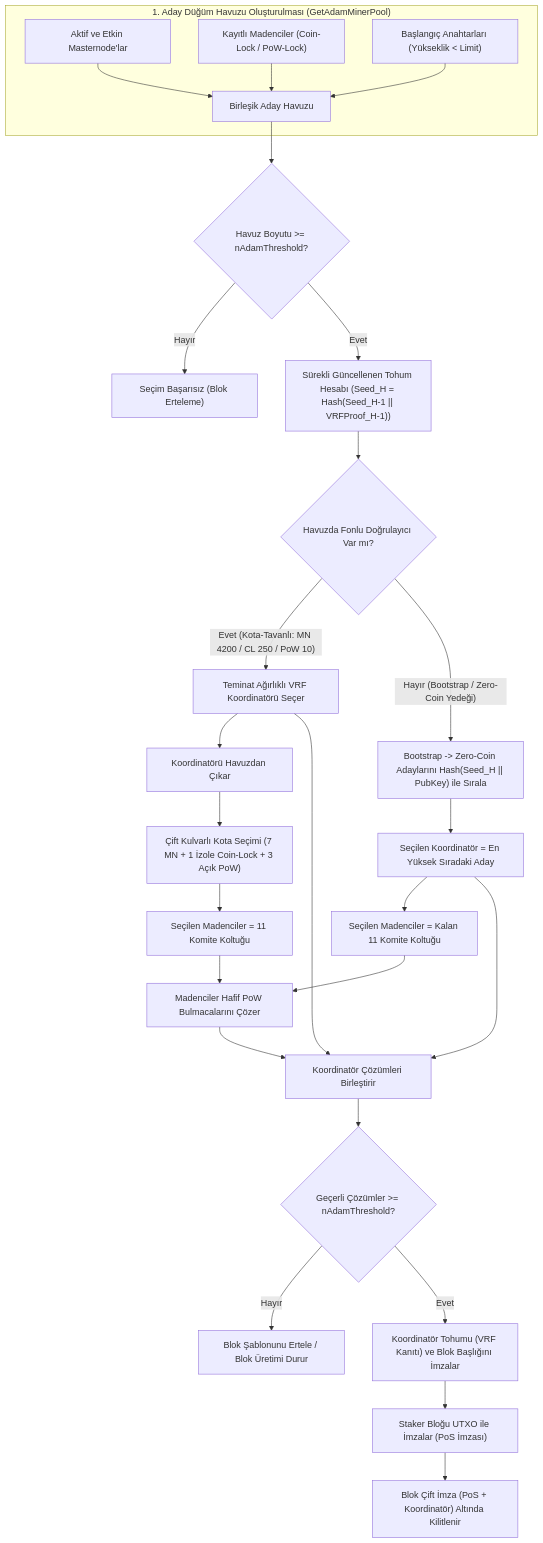
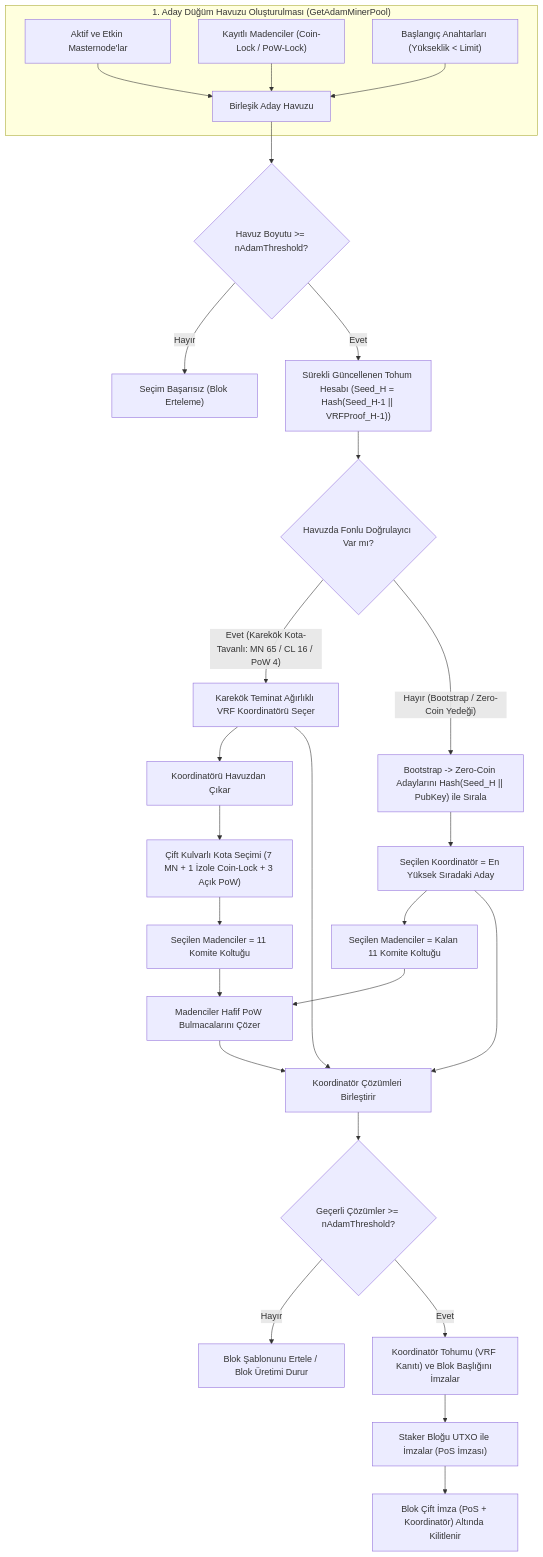
The diagram in doc/A Decentralized Approach Model (ADAM)_TR.md (bedri/KristaTech-KRISTA), drawn with Mermaid before and after one commit. The commit also changed other lines of this file and 25 other files, not shown here.

````diff
--- a/doc/A Decentralized Approach Model (ADAM)_TR.md
+++ b/doc/A Decentralized Approach Model (ADAM)_TR.md
@@ -168,43 +168,43 @@
 ```mermaid
 graph TD
     %% Havuz Oluşturma
     subgraph Pool_Construction ["1. Aday Düğüm Havuzu Oluşturulması (GetAdamMinerPool)"]
         A1["Aktif ve Etkin Masternode'lar"] --> A4["Birleşik Aday Havuzu"]
         A2["Kayıtlı Madenciler (Coin-Lock / PoW-Lock)"] --> A4
         A3["Başlangıç Anahtarları (Yükseklik < Limit)"] --> A4
     end
 
     %% Doğrulama ve Tohum Hesaplama
     A4 --> B{"Havuz Boyutu >= nAdamThreshold?"}
     B -- "Hayır" --> C["Seçim Başarısız (Blok Erteleme)"]
     B -- "Evet" --> D["Sürekli Güncellenen Tohum Hesabı (Seed_H = Hash(Seed_H-1 || VRFProof_H-1))"]
 
     %% Seçim Kuralları
     D --> E{"Havuzda Fonlu Doğrulayıcı Var mı?"}
     
-    %% Teminat Ağırlıklı VRF
-    E -- "Evet (Kota-Tavanlı: MN 4200 / CL 250 / PoW 10)" --> F1["Teminat Ağırlıklı VRF Koordinatörü Seçer"]
+    %% Karekök Teminat Ağırlıklı VRF
+    E -- "Evet (Karekök Kota-Tavanlı: MN 65 / CL 16 / PoW 4)" --> F1["Karekök Teminat Ağırlıklı VRF Koordinatörü Seçer"]
     F1 --> F3["Koordinatörü Havuzdan Çıkar"]
     F3 --> F4["Çift Kulvarlı Kota Seçimi (7 MN + 1 İzole Coin-Lock + 3 Açık PoW)"]
     F4 --> F5["Seçilen Madenciler = 11 Komite Koltuğu"]
     
     %% Bootstrap / Zero-Coin Yedeği
     E -- "Hayır (Bootstrap / Zero-Coin Yedeği)" --> G1["Bootstrap -> Zero-Coin Adaylarını Hash(Seed_H || PubKey) ile Sırala"]
     G1 --> G3["Seçilen Koordinatör = En Yüksek Sıradaki Aday"]
     G3 --> G2["Seçilen Madenciler = Kalan 11 Komite Koltuğu"]
 
     %% Çalıştırma Aşaması
     F5 --> H["Madenciler Hafif PoW Bulmacalarını Çözer"]
     G2 --> H
     
     H --> I["Koordinatör Çözümleri Birleştirir"]
     F1 --> I
     G3 --> I
     
     I --> J{"Geçerli Çözümler >= nAdamThreshold?"}
     J -- "Hayır" --> K["Blok Şablonunu Ertele / Blok Üretimi Durur"]
     
     J -- "Evet" --> L["Koordinatör Tohumu (VRF Kanıtı) ve Blok Başlığını İmzalar"]
     L --> M["Staker Bloğu UTXO ile İmzalar (PoS İmzası)"]
     M --> N["Blok Çift İmza (PoS + Koordinatör) Altında Kilitlenir"]
 ```
````
